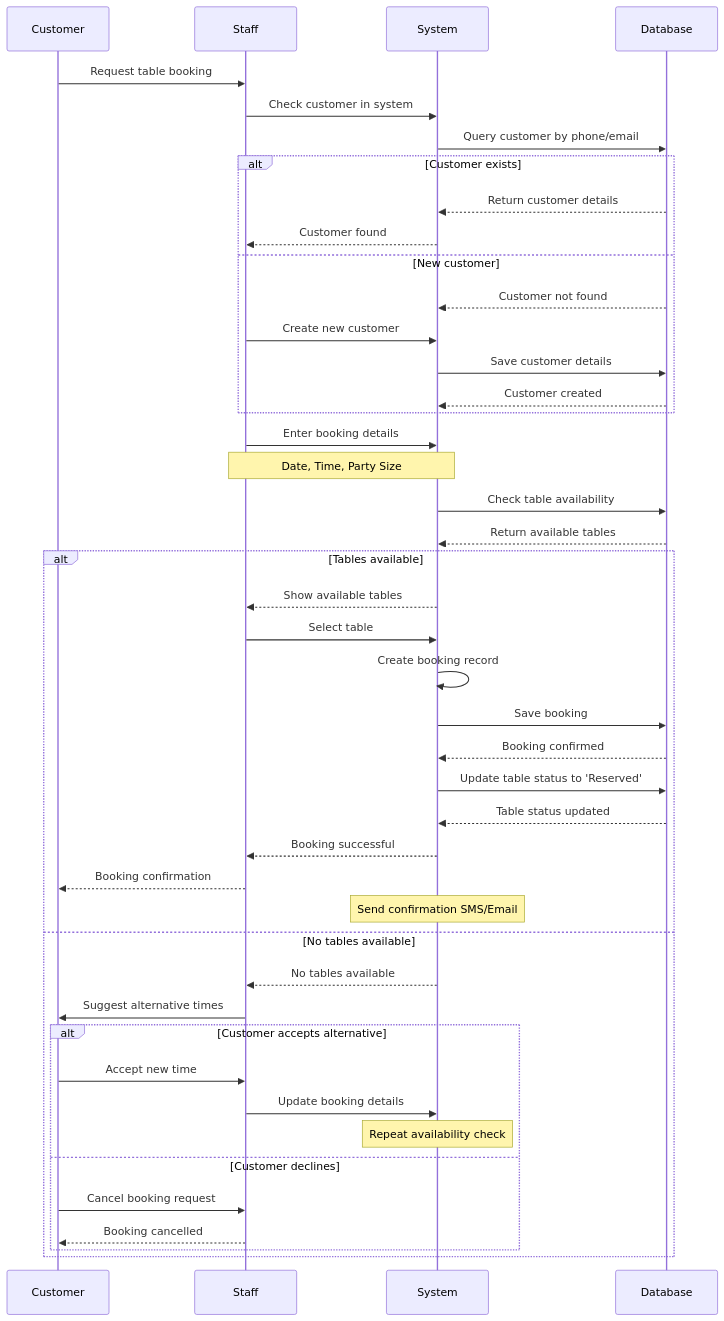
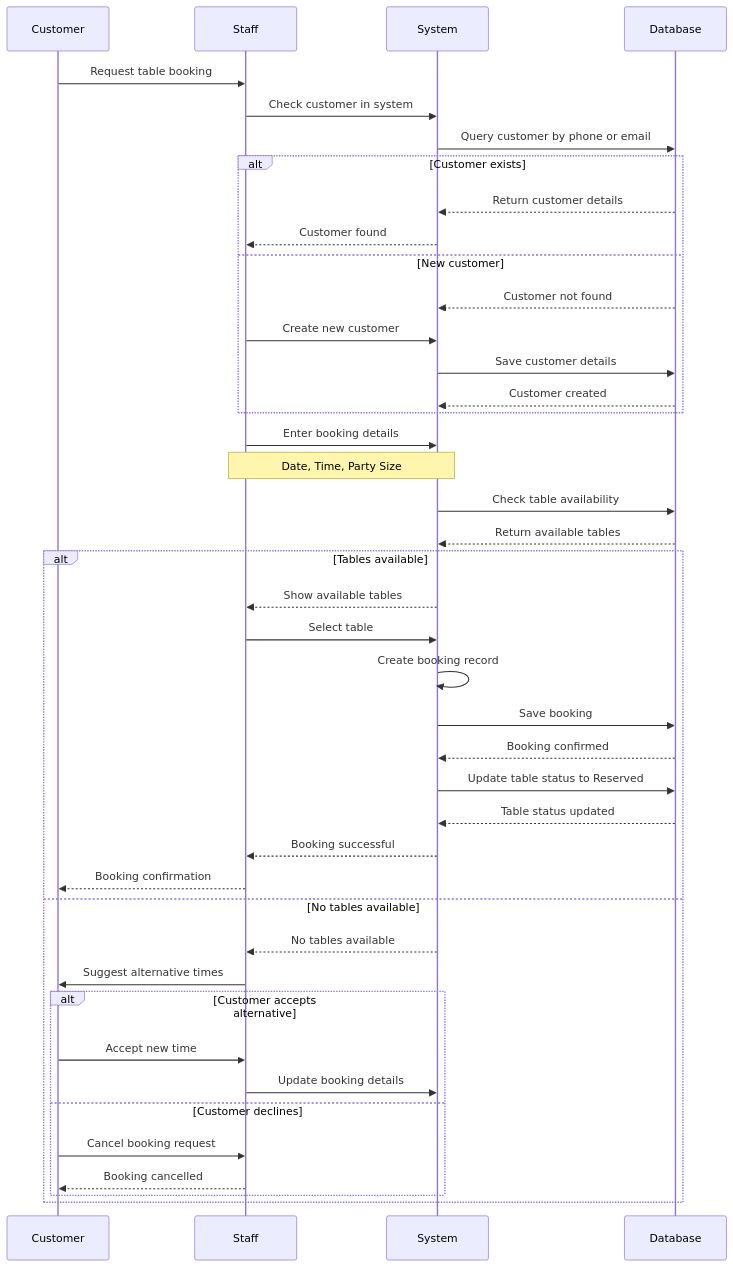
The sixth of 9 diagrams in README.md (Shourya-Garg/Restaurant-management-using-jdbc), drawn with Mermaid before and after one commit. The commit also changed other lines of this file, not shown here.

Commit message:
updated diagrams

````diff
--- a/README.md
+++ b/README.md
@@ -858,56 +818,53 @@
 ```mermaid
 sequenceDiagram
     participant C as Customer
     participant S as Staff
     participant Sys as System
     participant DB as Database
     
     C->>S: Request table booking
     S->>Sys: Check customer in system
-    Sys->>DB: Query customer by phone/email
+    Sys->>DB: Query customer by phone or email
     
     alt Customer exists
         DB-->>Sys: Return customer details
         Sys-->>S: Customer found
     else New customer
         DB-->>Sys: Customer not found
         S->>Sys: Create new customer
         Sys->>DB: Save customer details
         DB-->>Sys: Customer created
     end
     
     S->>Sys: Enter booking details
     Note over S,Sys: Date, Time, Party Size
     
     Sys->>DB: Check table availability
     DB-->>Sys: Return available tables
     
     alt Tables available
         Sys-->>S: Show available tables
         S->>Sys: Select table
         Sys->>Sys: Create booking record
         Sys->>DB: Save booking
         DB-->>Sys: Booking confirmed
         
-        Sys->>DB: Update table status to 'Reserved'
+        Sys->>DB: Update table status to Reserved
         DB-->>Sys: Table status updated
         
         Sys-->>S: Booking successful
         S-->>C: Booking confirmation
-        
-        Note over Sys: Send confirmation SMS/Email
         
     else No tables available
         Sys-->>S: No tables available
         S->>C: Suggest alternative times
         
         alt Customer accepts alternative
             C->>S: Accept new time
             S->>Sys: Update booking details
-            Note over Sys: Repeat availability check
         else Customer declines
             C->>S: Cancel booking request
             S-->>C: Booking cancelled
         end
     end
 ```
````
